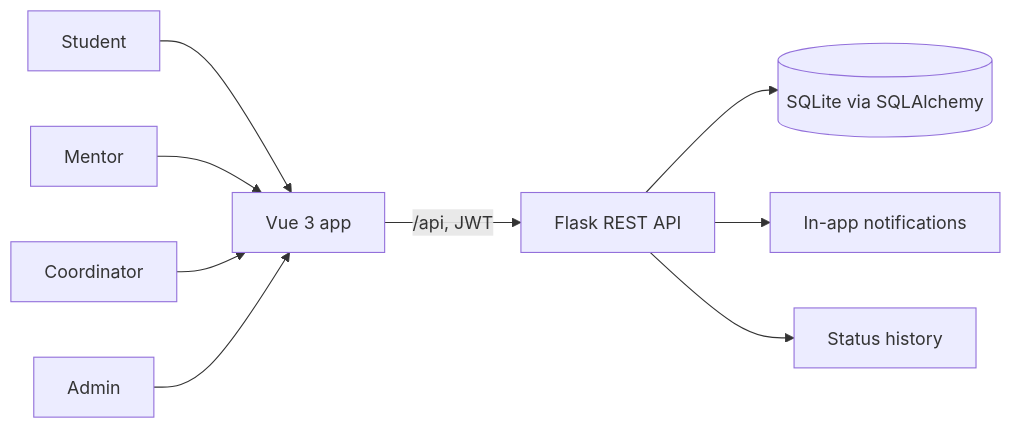
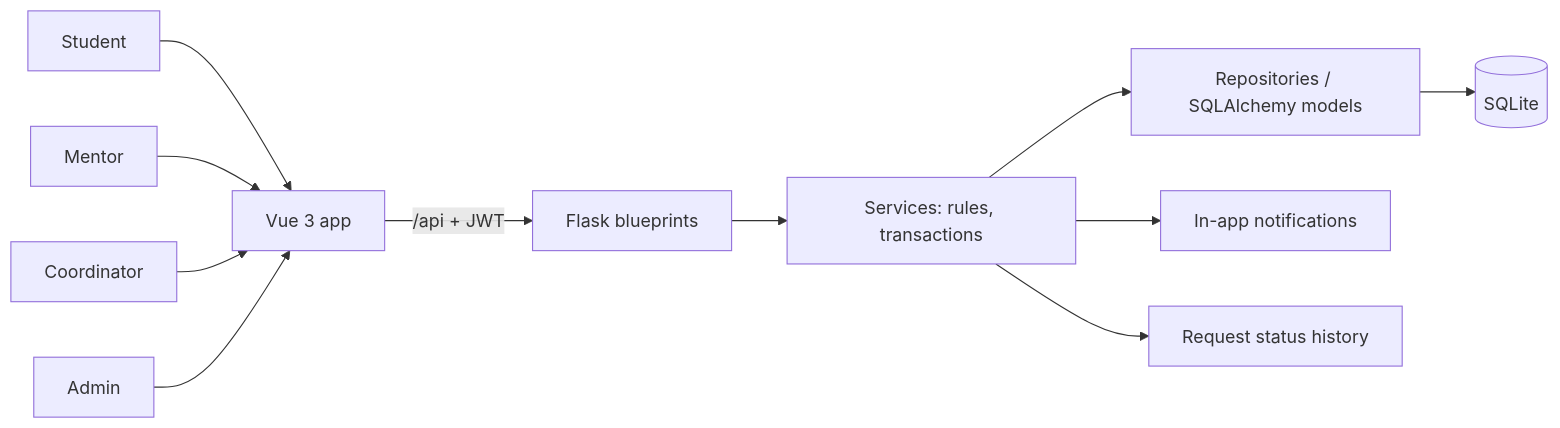
The first of 2 diagrams in Readme.md (SE-SEP2026-Team-109/SE-SEP2026-Team-109), drawn with Mermaid before and after one commit. The commit also changed other lines of this file and 26 other files, not shown here.

First line of the commit message:
Connect Vue frontend to the Flask API

````diff
--- a/Readme.md
+++ b/Readme.md
@@ -109,8 +117,10 @@
 ```mermaid
 flowchart LR
     S[Student] & M[Mentor] & C[Coordinator] & A[Admin] --> UI[Vue 3 app]
-    UI -- "/api, JWT" --> API[Flask REST API]
-    API --> DB[(SQLite via SQLAlchemy)]
-    API --> N[In-app notifications]
-    API --> H[Status history]
+    UI -- "/api + JWT" --> R[Flask blueprints]
+    R --> SV[Services: rules, transactions]
+    SV --> RP[Repositories / SQLAlchemy models]
+    RP --> DB[(SQLite)]
+    SV --> N[In-app notifications]
+    SV --> H[Request status history]
 ```
````
